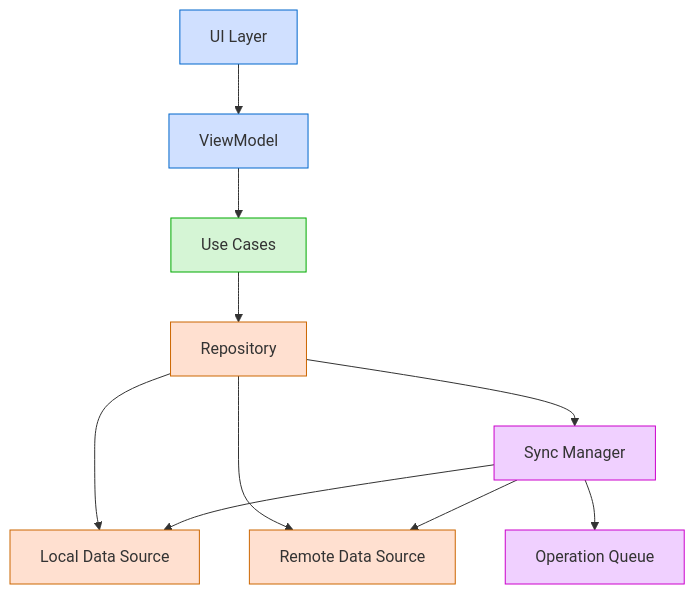
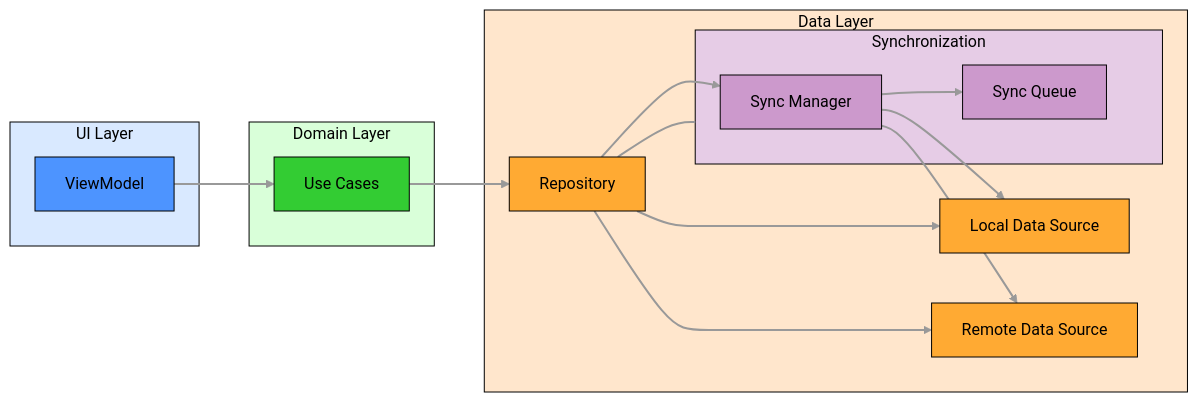
The fifth of 5 diagrams in docs/architecture/README.md (thunderbird/thunderbird-android), drawn with Mermaid before and after one commit. The commit also changed other lines of this file and 5 other files, not shown here.

Commit message:
docs(architecture): improve diagram colors and unified styling and naming

````diff
--- a/docs/architecture/README.md
+++ b/docs/architecture/README.md
@@ -235,22 +263,50 @@
 ```mermaid
-graph TD
-    UI[UI Layer] --> VM[ViewModel]
-    VM --> UC[Use Cases]
-    UC --> REPO[Repository]
-    REPO --> LOCAL[Local Data Source]
-    REPO --> REMOTE[Remote Data Source]
-    REPO --> SYNC[Sync Manager]
-    SYNC --> LOCAL
-    SYNC --> REMOTE
-    SYNC --> QUEUE[Operation Queue]
+graph LR
+    subgraph UI[UI Layer]
+        VIEW_MODEL[ViewModel]
+    end
 
-    classDef uiLayer fill:#d0e0ff,stroke:#0066cc
-    classDef businessLayer fill:#d5f5d5,stroke:#00aa00
-    classDef dataLayer fill:#ffe0d0,stroke:#cc6600
-    classDef syncLayer fill:#f0d0ff,stroke:#cc00cc
+    subgraph DOMAIN[Domain Layer]
+        USE_CASE[Use Cases]
+    end
 
-    class UI,VM uiLayer
-    class UC businessLayer
-    class REPO,LOCAL,REMOTE dataLayer
-    class SYNC,QUEUE syncLayer
+    subgraph DATA[Data Layer]
+        subgraph SYNC[Synchronization]
+            SYNC_MANAGER[Sync Manager]
+            SYNC_QUEUE[Sync Queue]
+        end
+        REPO[Repository]
+        LOCAL[Local Data Source]
+        REMOTE[Remote Data Source]
+    end
+    
+    VIEW_MODEL --> USE_CASE
+    USE_CASE --> REPO
+    SYNC_MANAGER --> LOCAL
+    SYNC_MANAGER --> REMOTE
+    SYNC_MANAGER --> SYNC_QUEUE
+    REPO --> LOCAL
+    REPO --> REMOTE
+    REPO --> SYNC_MANAGER
+    REPO ~~~ SYNC
+    
+    classDef ui_layer fill:#d9e9ff,stroke:#000000,color:#000000
+    classDef ui_class fill:#4d94ff,stroke:#000000,color:#000000
+    classDef domain_layer fill:#d9ffd9,stroke:#000000,color:#000000
+    classDef domain_class fill:#33cc33,stroke:#000000,color:#000000
+    classDef data_layer fill:#ffe6cc,stroke:#000000,color:#000000
+    classDef data_class fill:#ffaa33,stroke:#000000,color:#000000
+    classDef sync_layer fill:#e6cce6,stroke:#000000,color:#000000
+    classDef sync_class fill:#cc99cc,stroke:#000000,color:#000000
+
+    linkStyle default stroke:#999,stroke-width:2px
+
+    class UI ui_layer
+    class VIEW_MODEL ui_class
+    class DOMAIN domain_layer
+    class USE_CASE domain_class
+    class DATA data_layer
+    class REPO,LOCAL,REMOTE data_class
+    class SYNC sync_layer
+    class SYNC_MANAGER,SYNC_API,SYNC_QUEUE sync_class
 ```
````
